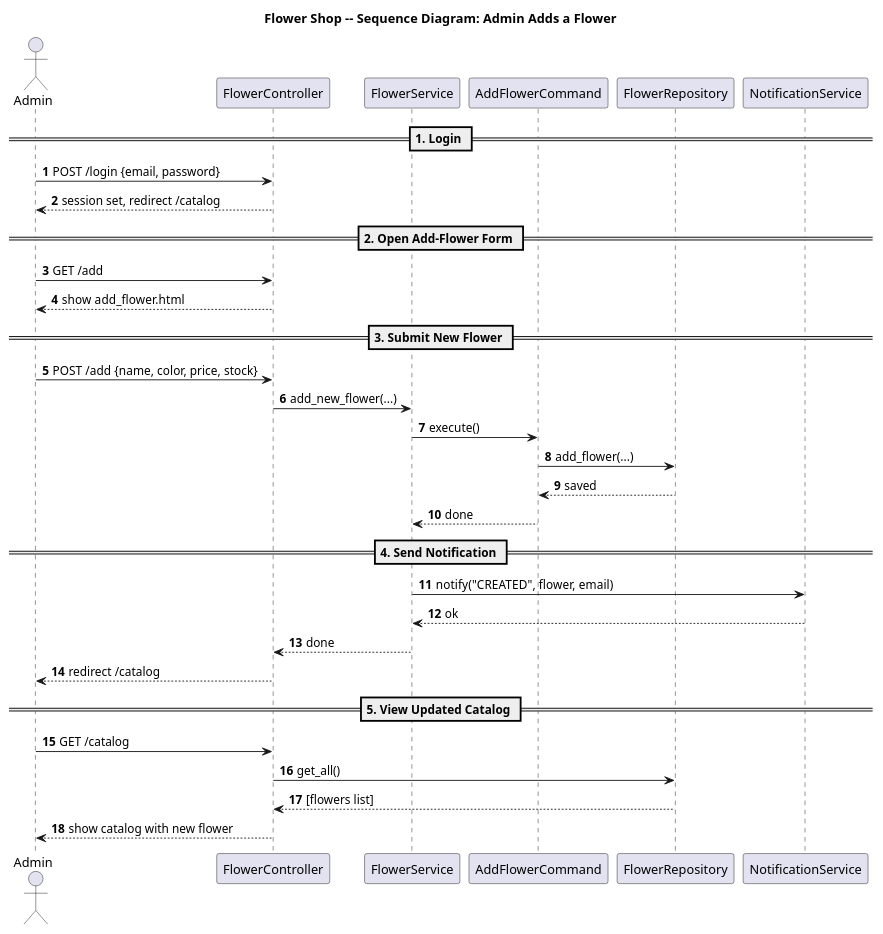
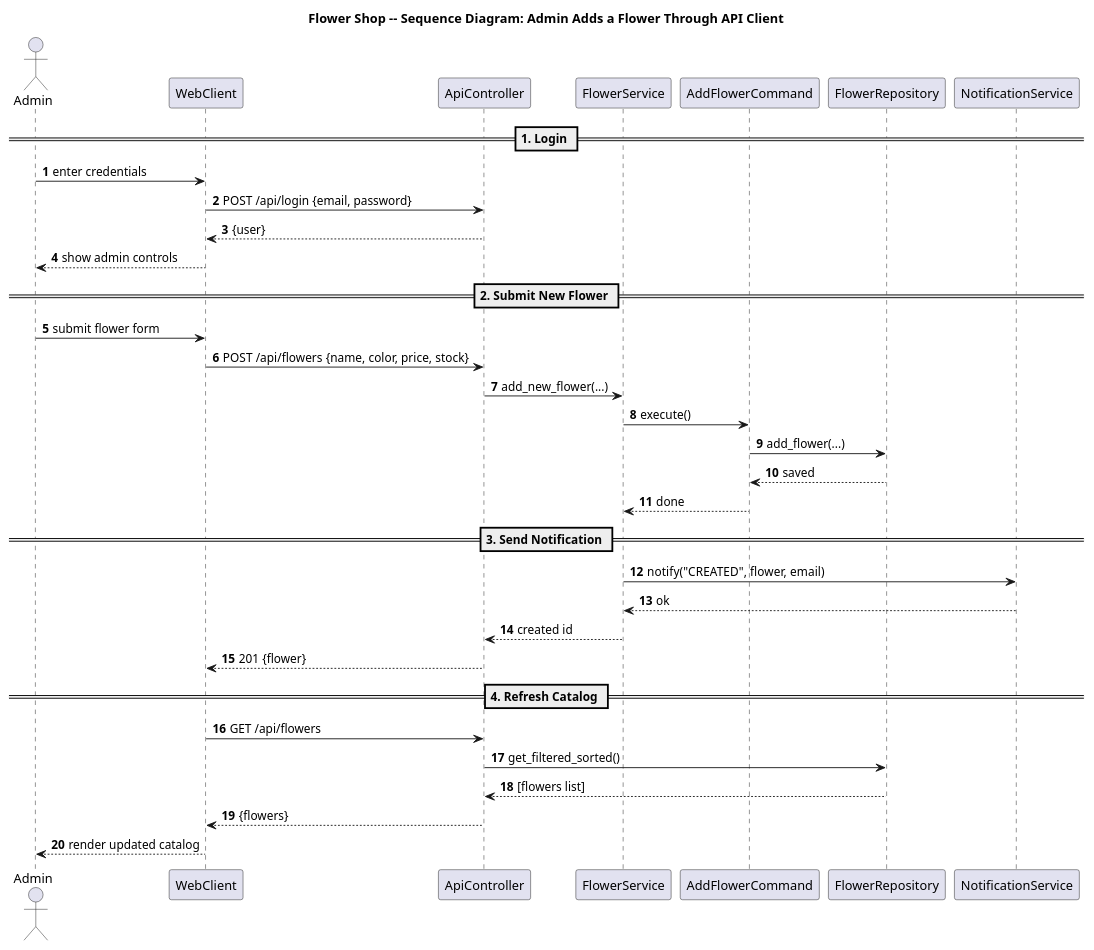
The diagram in documentatie/sequence_diagram.puml (oli26567/SDFlowerShop), drawn with PlantUML before and after one commit. The commit also changed 38 other files, not shown here.

Commit message:
Implement final client-server flower shop project

```diff
--- a/documentatie/sequence_diagram.puml
+++ b/documentatie/sequence_diagram.puml
@@ -1,46 +1,46 @@
 @startuml sequence_diagram
 autonumber
 
-title Flower Shop -- Sequence Diagram: Admin Adds a Flower
+title Flower Shop -- Sequence Diagram: Admin Adds a Flower Through API Client
 
 actor Admin
-participant FlowerController
+participant WebClient
+participant ApiController
 participant FlowerService
 participant AddFlowerCommand
 participant FlowerRepository
 participant NotificationService
 
 == 1. Login ==
 
-Admin -> FlowerController : POST /login {email, password}
-FlowerController --> Admin : session set, redirect /catalog
+Admin -> WebClient : enter credentials
+WebClient -> ApiController : POST /api/login {email, password}
+ApiController --> WebClient : {user}
+WebClient --> Admin : show admin controls
 
-== 2. Open Add-Flower Form ==
+== 2. Submit New Flower ==
 
-Admin -> FlowerController : GET /add
-FlowerController --> Admin : show add_flower.html
-
-== 3. Submit New Flower ==
-
-Admin -> FlowerController : POST /add {name, color, price, stock}
-FlowerController -> FlowerService : add_new_flower(...)
+Admin -> WebClient : submit flower form
+WebClient -> ApiController : POST /api/flowers {name, color, price, stock}
+ApiController -> FlowerService : add_new_flower(...)
 FlowerService -> AddFlowerCommand : execute()
 AddFlowerCommand -> FlowerRepository : add_flower(...)
 FlowerRepository --> AddFlowerCommand : saved
 AddFlowerCommand --> FlowerService : done
 
-== 4. Send Notification ==
+== 3. Send Notification ==
 
 FlowerService -> NotificationService : notify("CREATED", flower, email)
 NotificationService --> FlowerService : ok
-FlowerService --> FlowerController : done
-FlowerController --> Admin : redirect /catalog
+FlowerService --> ApiController : created id
+ApiController --> WebClient : 201 {flower}
 
-== 5. View Updated Catalog ==
+== 4. Refresh Catalog ==
 
-Admin -> FlowerController : GET /catalog
-FlowerController -> FlowerRepository : get_all()
-FlowerRepository --> FlowerController : [flowers list]
-FlowerController --> Admin : show catalog with new flower
+WebClient -> ApiController : GET /api/flowers
+ApiController -> FlowerRepository : get_filtered_sorted()
+FlowerRepository --> ApiController : [flowers list]
+ApiController --> WebClient : {flowers}
+WebClient --> Admin : render updated catalog
 
 @enduml
```
